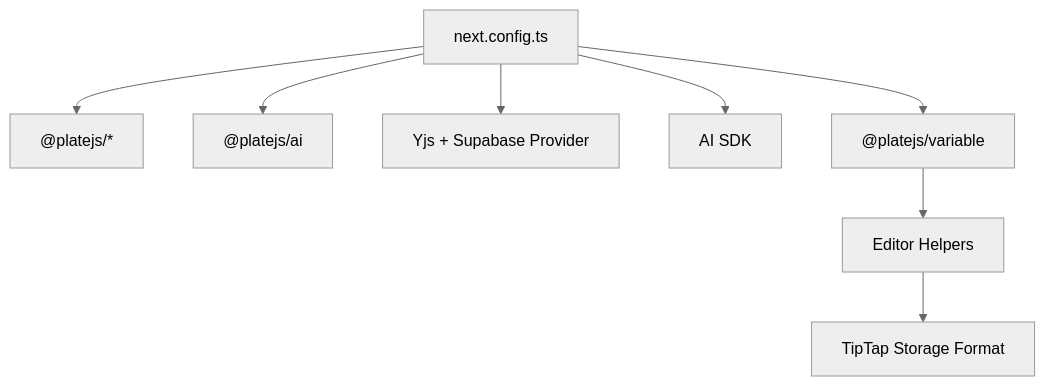
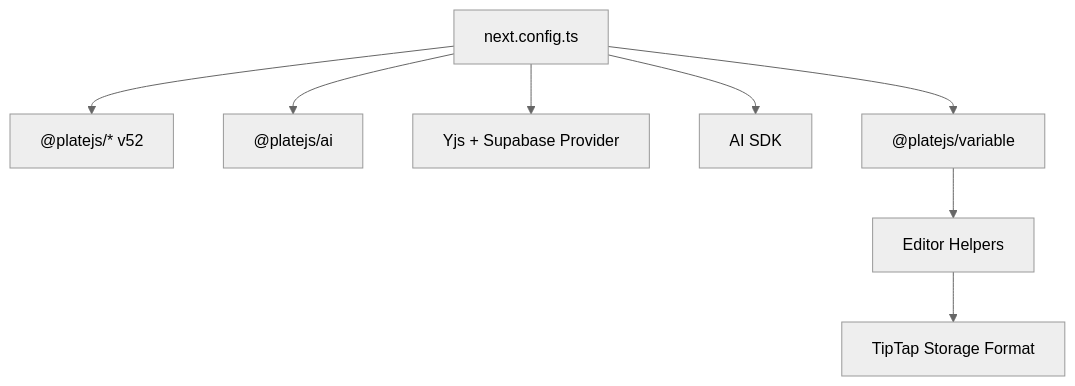
The tenth of 10 diagrams in .qoder/repowiki/en/content/AI Integration and Features/AI-Assisted Document Editor.md (SinesysTech/zattar-os), drawn with Mermaid (neutral theme) before and after one commit. The commit also changed other lines of this file and 4 other files, not shown here.

````diff
--- a/.qoder/repowiki/en/content/AI Integration and Features/AI-Assisted Document Editor.md
+++ b/.qoder/repowiki/en/content/AI Integration and Features/AI-Assisted Document Editor.md
@@ -480,18 +491,18 @@
 ```mermaid
 graph TB
 Next["next.config.ts"]
-Plate["@platejs/*"]
+Plate["@platejs/* v52"]
 Copilot["@platejs/ai"]
 Yjs["Yjs + Supabase Provider"]
 AI_SDK["AI SDK"]
 Variable["@platejs/variable"]
 Storage["TipTap Storage Format"]
 EditorHelpers["Editor Helpers"]
 Next --> Plate
 Next --> Copilot
 Next --> Yjs
 Next --> AI_SDK
 Next --> Variable
 Variable --> EditorHelpers
 EditorHelpers --> Storage
 ```
````
